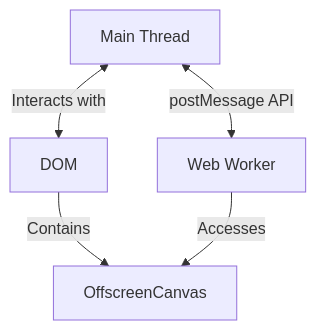
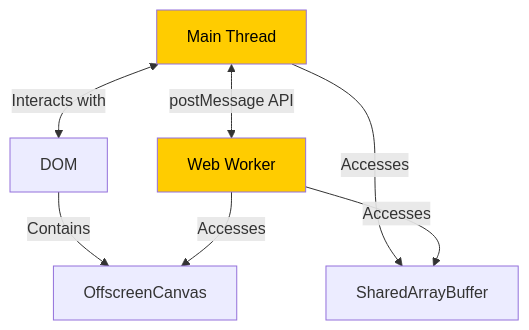
The second of 4 diagrams in slides.md (dev-clemons/wtp-slides), drawn with Mermaid before and after one commit. The commit also changed other lines of this file and 4 other files, not shown here.

````diff
--- a/slides.md
+++ b/slides.md
@@ -198,7 +230,11 @@
 ```mermaid
 graph TD
     A[Main Thread] <-->|Interacts with| B[DOM]
     A <-->|postMessage API| C[Web Worker]
-    B -->|Contains| D[OffscreenCanvas]
+    A -->|Accesses| D[SharedArrayBuffer]
     C -->|Accesses| D
+    B -->|Contains| E[OffscreenCanvas]
+    C -->|Accesses| E
+style A fill:#ffcc00, color:#000000
+style C fill:#ffcc00, color:#000000
 ```
````
